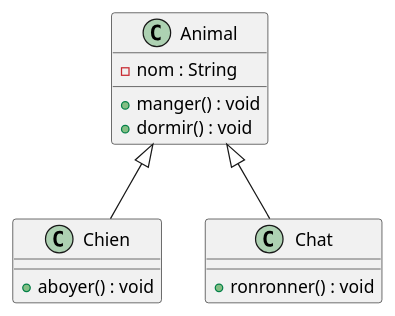
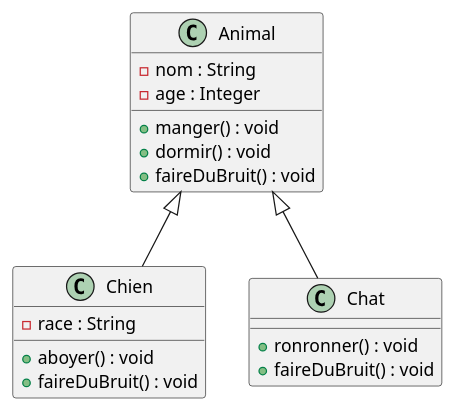
The sixth of 9 diagrams in 02-diagramme-classes/apport-de-connaissance/apport-de-connaissance.md (JR-CIEL-2-PROGRAMMATION/uml-learning), drawn with PlantUML before and after one commit. The commit also changed other lines of this file, not shown here.

First line of the commit message:
Enrichir l'apport de connaissance du diagramme de classes

````diff
--- a/02-diagramme-classes/apport-de-connaissance/apport-de-connaissance.md
+++ b/02-diagramme-classes/apport-de-connaissance/apport-de-connaissance.md
@@ -135,17 +235,22 @@
 ```plantuml
 @startuml
 class Animal {
     - nom : String
+    - age : Integer
     + manger() : void
     + dormir() : void
+    + faireDuBruit() : void
 }
 class Chien {
+    - race : String
     + aboyer() : void
+    + faireDuBruit() : void
 }
 class Chat {
     + ronronner() : void
+    + faireDuBruit() : void
 }
 Animal <|-- Chien
 Animal <|-- Chat
 @enduml
 ```
````
